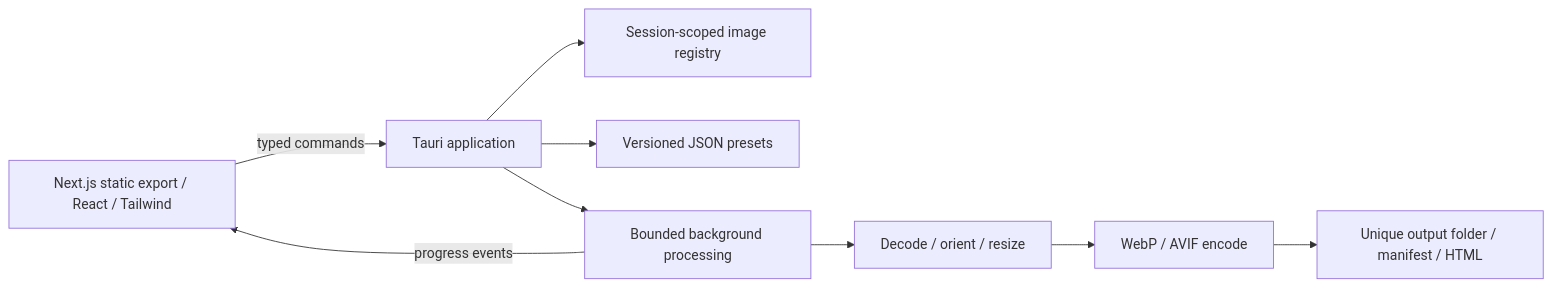
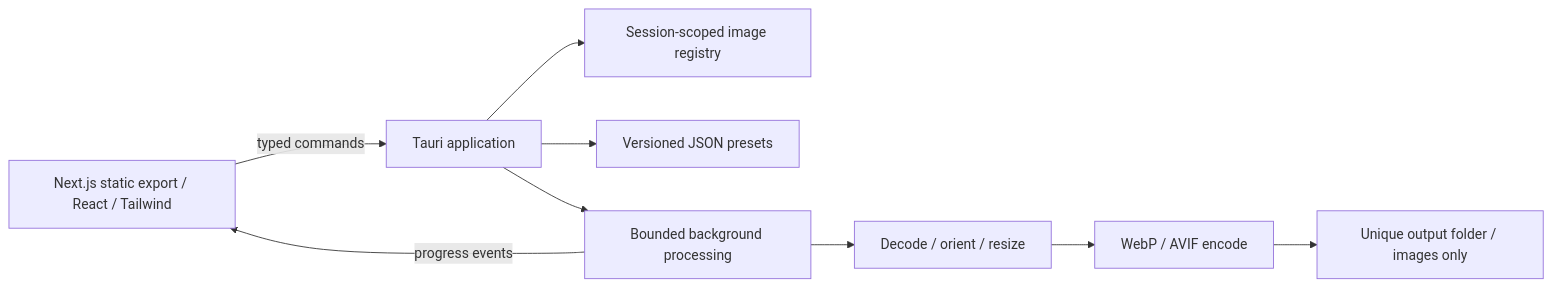
One commit to GolamRafi27oo/PixFleet changed the diagram in docs/ARCHITECTURE.md. Above: the diagram before and after it, drawn with Mermaid. The commit also changed other lines of this file and 54 other files, not shown here.

````diff
--- a/docs/ARCHITECTURE.md
+++ b/docs/ARCHITECTURE.md
@@ -13,11 +13,11 @@
 ```mermaid
 flowchart LR
   UI[Next.js static export / React / Tailwind] -->|typed commands| Desktop[Tauri application]
   Desktop --> Registry[Session-scoped image registry]
   Desktop --> Settings[Versioned JSON presets]
   Desktop --> Worker[Bounded background processing]
   Worker --> Decode[Decode / orient / resize]
   Decode --> Encode[WebP / AVIF encode]
-  Encode --> Export[Unique output folder / manifest / HTML]
+  Encode --> Export[Unique output folder / images only]
   Worker -->|progress events| UI
 ```
````
